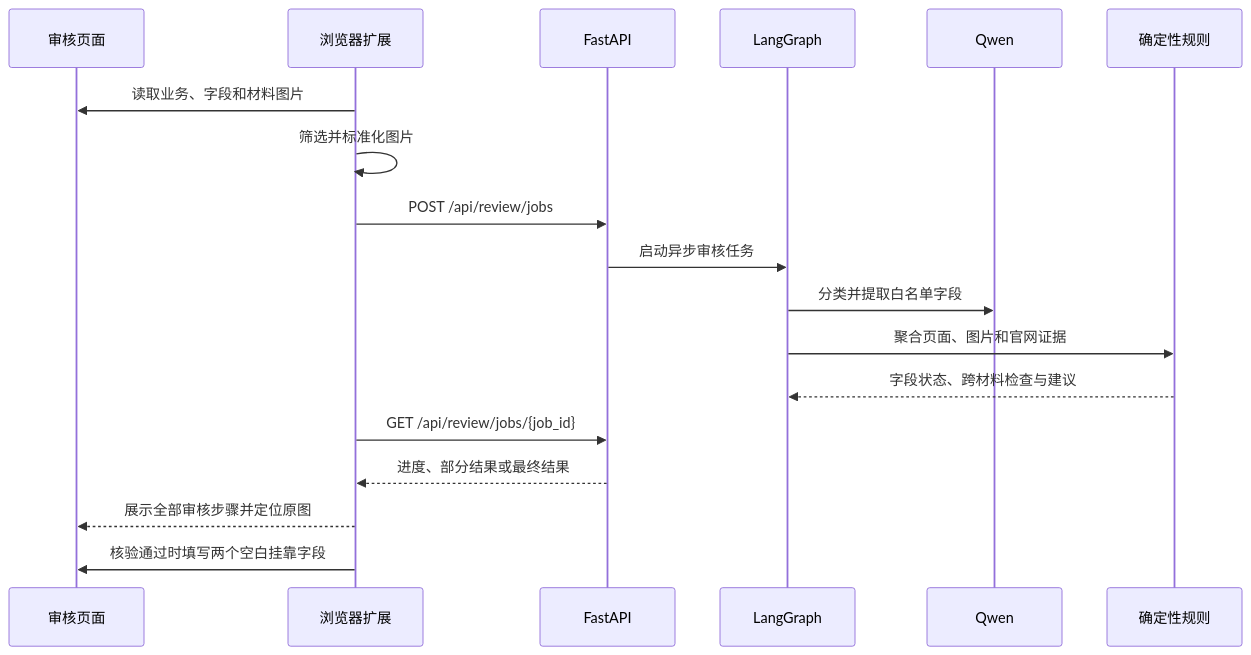
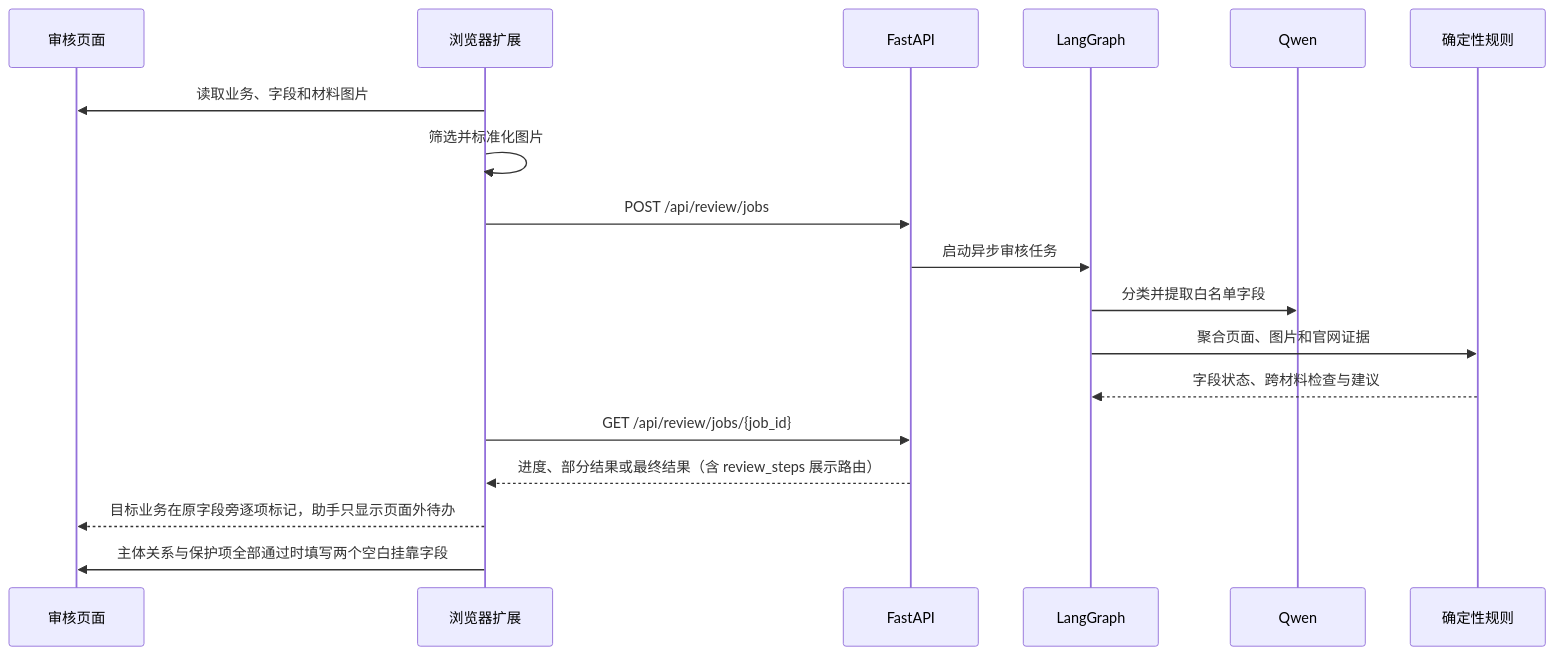
Before and after one commit to yangaobo0235/review-assistant: the diagram in docs/architecture.md, drawn with Mermaid. The commit also changed other lines of this file and 4 other files, not shown here.

````diff
--- a/docs/architecture.md
+++ b/docs/architecture.md
@@ -15,21 +15,21 @@
 ```mermaid
 sequenceDiagram
     participant Page as 审核页面
     participant Extension as 浏览器扩展
     participant API as FastAPI
     participant Workflow as LangGraph
     participant Qwen as Qwen
     participant Rules as 确定性规则
 
     Extension->>Page: 读取业务、字段和材料图片
     Extension->>Extension: 筛选并标准化图片
     Extension->>API: POST /api/review/jobs
     API->>Workflow: 启动异步审核任务
     Workflow->>Qwen: 分类并提取白名单字段
     Workflow->>Rules: 聚合页面、图片和官网证据
     Rules-->>Workflow: 字段状态、跨材料检查与建议
     Extension->>API: GET /api/review/jobs/{job_id}
-    API-->>Extension: 进度、部分结果或最终结果
-    Extension-->>Page: 展示全部审核步骤并定位原图
-    Extension->>Page: 核验通过时填写两个空白挂靠字段
+    API-->>Extension: 进度、部分结果或最终结果（含 review_steps 展示路由）
+    Extension-->>Page: 目标业务在原字段旁逐项标记，助手只显示页面外待办
+    Extension->>Page: 主体关系与保护项全部通过时填写两个空白挂靠字段
 ```
````
